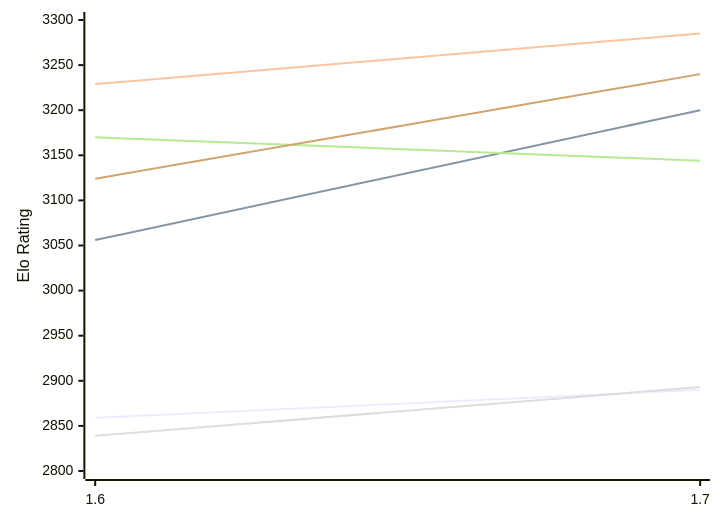
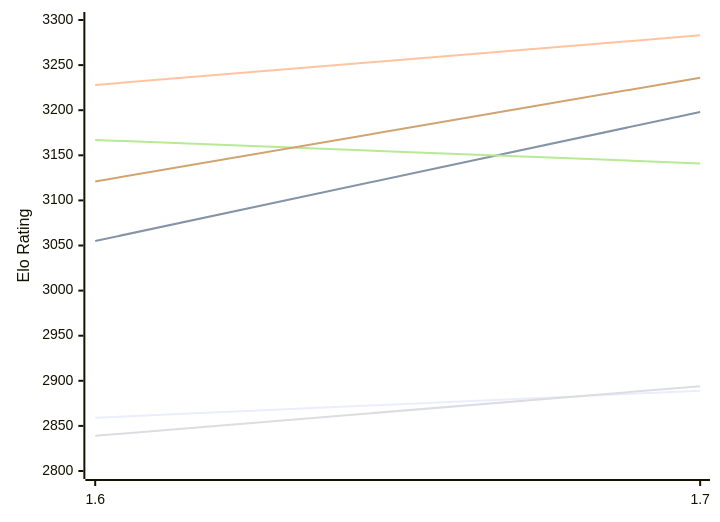
The first of 2 diagrams in engines/Bitbit.md (computer-chess-index/cci), drawn with Mermaid before and after one commit. The commit also changed other lines of this file, not shown here.

Commit message:
Update CCI Ratings (ELO VLTC) - 2026-11-19

````diff
--- a/engines/Bitbit.md
+++ b/engines/Bitbit.md
@@ -50,12 +50,12 @@
 ```mermaid
 %%{init: {"theme":"base","themeVariables":{"seriesColors:['#a3a3a3','#222221','#faa371']}}}%%
 xychart-beta
   x-axis ["1.6", "1.7"]
   y-axis "Elo Rating" 2800 --> 3300
-  line "E1: STC (8.0+0.08s)" [2859, 2890]
-  line "E1: LTC (60.0+0.60s)" [3056, 3200]
-  line "E1: VLTC (2m24s+1.12s)" [3229, 3285]
-  line "P1: STC (8.0+0.08s)" [2839, 2893]
-  line "P1: LTC (60.0+0.60s)" [3170, 3144]
-  line "P1: VLTC (2m24s+1.12s)" [3124, 3240]
+  line "E1: STC (8.0+0.08s)" [2859, 2889]
+  line "E1: LTC (60.0+0.60s)" [3055, 3198]
+  line "E1: VLTC (2m24s+1.12s)" [3228, 3283]
+  line "P1: STC (8.0+0.08s)" [2839, 2894]
+  line "P1: LTC (60.0+0.60s)" [3167, 3141]
+  line "P1: VLTC (2m24s+1.12s)" [3121, 3236]
 ```
````
